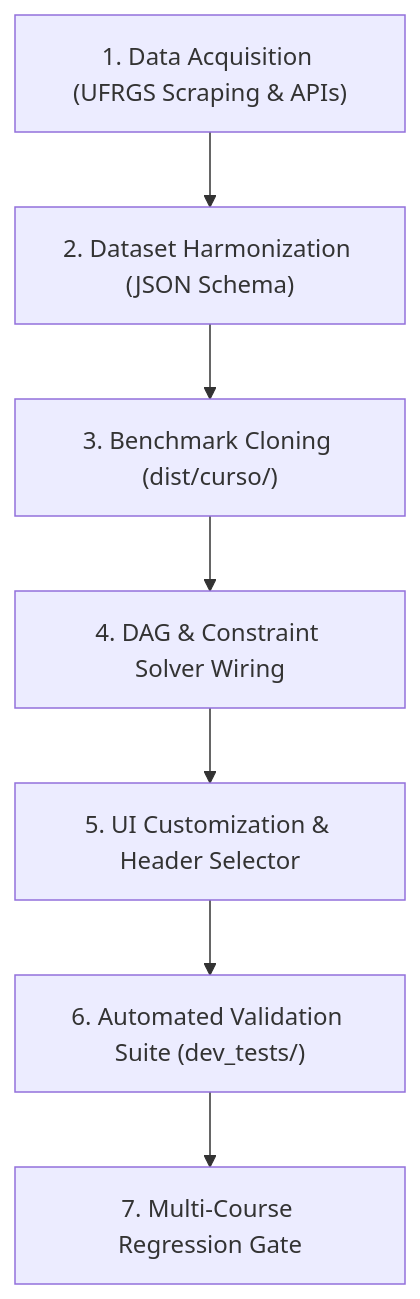
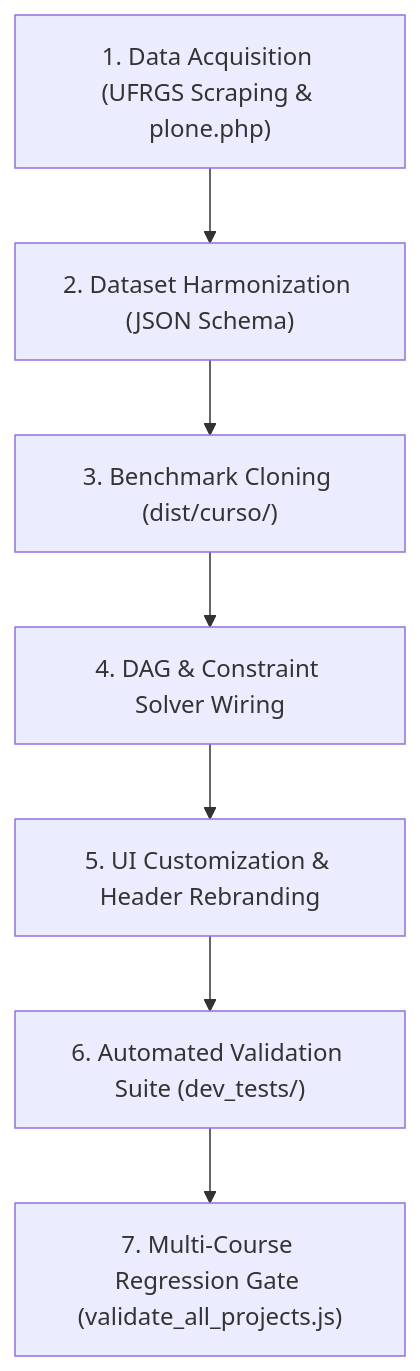
The diagram in .agents/skills/academic-curriculum-planner/SKILL.md (Topperssson/Organogramas-UFRGS), drawn with Mermaid before and after one commit. The commit also changed other lines of this file, not shown here.

````diff
--- a/.agents/skills/academic-curriculum-planner/SKILL.md
+++ b/.agents/skills/academic-curriculum-planner/SKILL.md
@@ -39,9 +41,9 @@
 ```mermaid
 flowchart TD
-    A["1. Data Acquisition (UFRGS Scraping & APIs)"] --> B["2. Dataset Harmonization (JSON Schema)"]
+    A["1. Data Acquisition (UFRGS Scraping & plone.php)"] --> B["2. Dataset Harmonization (JSON Schema)"]
     B --> C["3. Benchmark Cloning (dist/curso/)"]
     C --> D["4. DAG & Constraint Solver Wiring"]
-    D --> E["5. UI Customization & Header Selector"]
+    D --> E["5. UI Customization & Header Rebranding"]
     E --> F["6. Automated Validation Suite (dev_tests/)"]
-    F --> G["7. Multi-Course Regression Gate"]
+    F --> G["7. Multi-Course Regression Gate (validate_all_projects.js)"]
 ```
````
